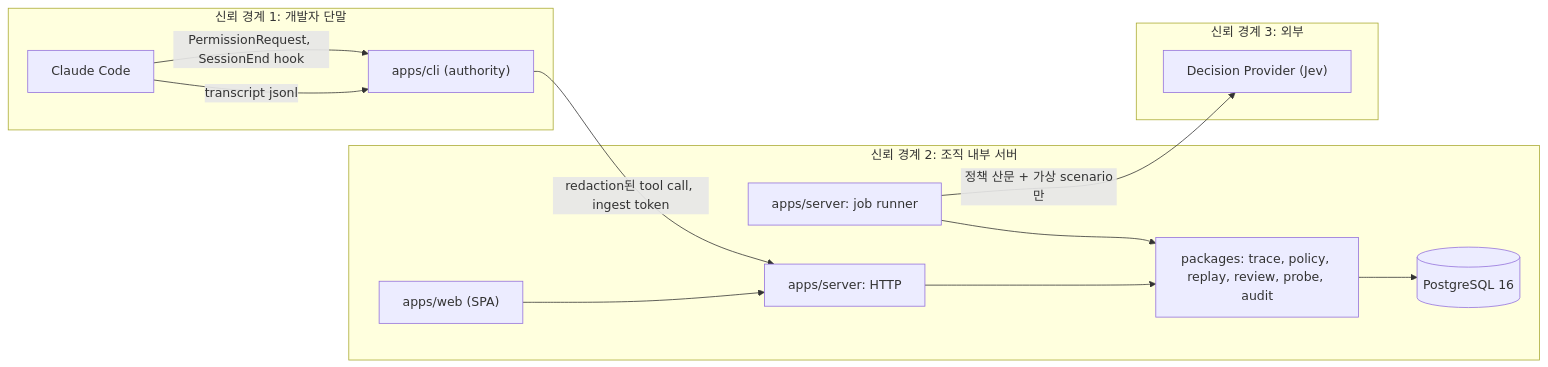
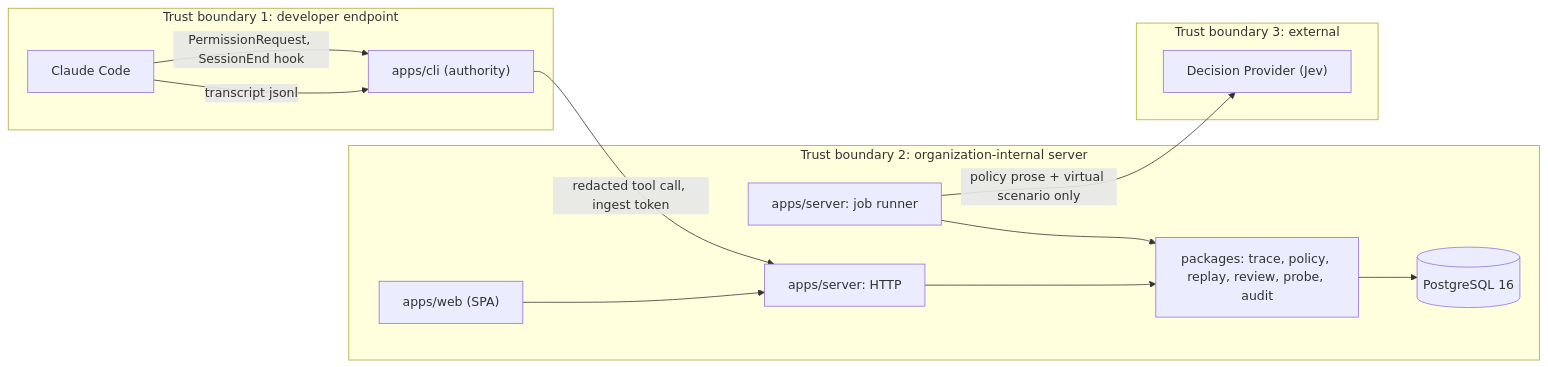
The fifth of 6 diagrams in docs/design.md (hsskey/authority-diff), drawn with Mermaid before and after one commit. The commit also changed other lines of this file and 35 other files, not shown here.

````diff
--- a/docs/design.md
+++ b/docs/design.md
@@ -1107,18 +1107,18 @@
 ```mermaid
 flowchart LR
-    subgraph B1["신뢰 경계 1: 개발자 단말"]
+    subgraph B1["Trust boundary 1: developer endpoint"]
         CC["Claude Code"] -- "transcript jsonl" --> CLI["apps/cli (authority)"]
         CC -- "PermissionRequest, SessionEnd hook" --> CLI
     end
-    subgraph B2["신뢰 경계 2: 조직 내부 서버"]
+    subgraph B2["Trust boundary 2: organization-internal server"]
         WEB["apps/web (SPA)"] --> HTTP["apps/server: HTTP"]
         HTTP --> MOD["packages: trace, policy, replay, review, probe, audit"]
         JOB["apps/server: job runner"] --> MOD
         MOD --> PG[("PostgreSQL 16")]
     end
-    subgraph B3["신뢰 경계 3: 외부"]
+    subgraph B3["Trust boundary 3: external"]
         JEV["Decision Provider (Jev)"]
     end
-    CLI -- "redaction된 tool call, ingest token" --> HTTP
-    JOB -- "정책 산문 + 가상 scenario만" --> JEV
+    CLI -- "redacted tool call, ingest token" --> HTTP
+    JOB -- "policy prose + virtual scenario only" --> JEV
 ```
````
